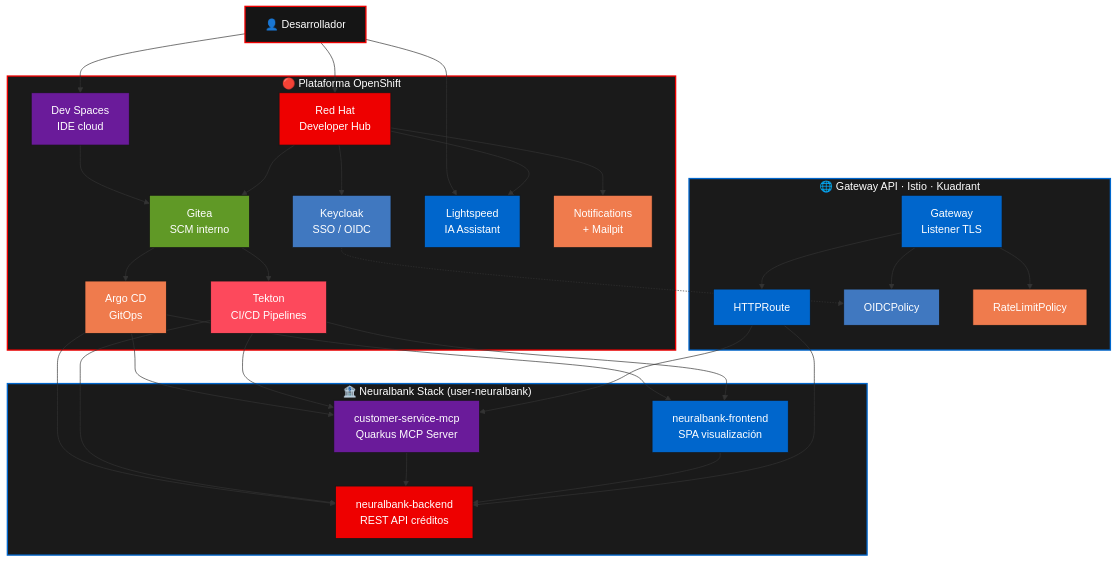
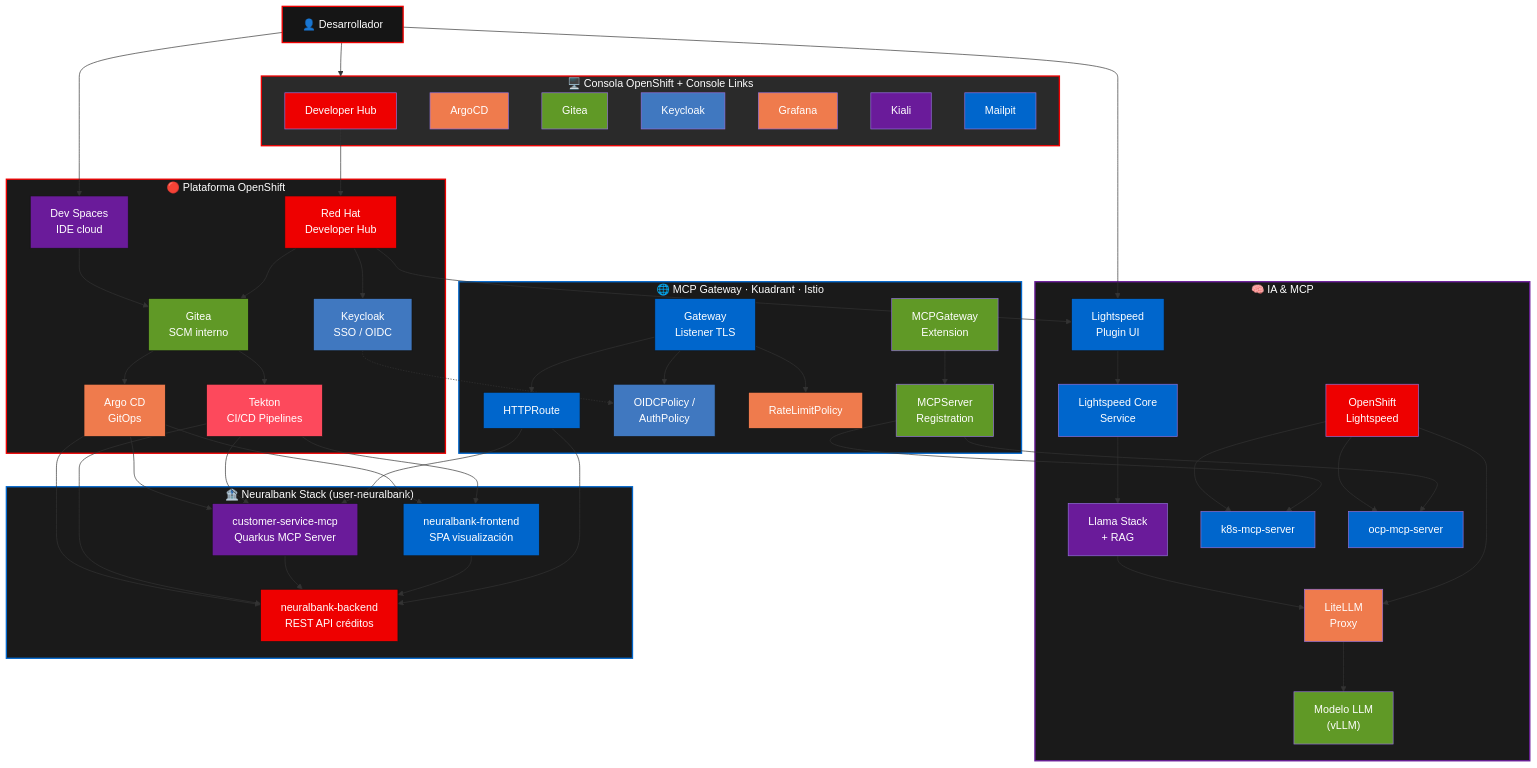
Before and after one commit to maximilianoPizarro/test-drive-pe-oscg: the first of 5 diagrams in docs/02-architecture-overview.md, drawn with Mermaid. The commit also changed other lines of this file and 9 other files, not shown here.

First line of the commit message:
feat: redesign GitHub Pages - remove redundancy, add MCP Gateway, 3D animation

````diff
--- a/docs/02-architecture-overview.md
+++ b/docs/02-architecture-overview.md
@@ -11,6 +18,16 @@
 ```mermaid
 graph TB
     DEV["👤 Desarrollador"]
+
+    subgraph CONSOLE ["🖥️ Consola OpenShift + Console Links"]
+        CL_HUB["Developer Hub"]
+        CL_ARGO["ArgoCD"]
+        CL_GITEA["Gitea"]
+        CL_KC["Keycloak"]
+        CL_GRAFANA["Grafana"]
+        CL_KIALI["Kiali"]
+        CL_MAIL["Mailpit"]
+    end
 
     subgraph PLATFORM ["🔴 Plataforma OpenShift"]
         HUB["Red Hat<br/>Developer Hub"]
@@ -19,8 +36,17 @@
         ARGO["Argo CD<br/>GitOps"]
         TEKTON["Tekton<br/>CI/CD Pipelines"]
         DS["Dev Spaces<br/>IDE cloud"]
-        LS["Lightspeed<br/>IA Assistant"]
-        NOTIF["Notifications<br/>+ Mailpit"]
+    end
+
+    subgraph AI ["🧠 IA & MCP"]
+        LS["Lightspeed<br/>Plugin UI"]
+        LCS["Lightspeed Core<br/>Service"]
+        LLAMA["Llama Stack<br/>+ RAG"]
+        LITELLM["LiteLLM<br/>Proxy"]
+        MODEL["Modelo LLM<br/>(vLLM)"]
+        OLS["OpenShift<br/>Lightspeed"]
+        MCP_K8S["k8s-mcp-server"]
+        MCP_OCP["ocp-mcp-server"]
     end
 
     subgraph NEURALBANK ["🏦 Neuralbank Stack  (user-neuralbank)"]
@@ -29,21 +55,33 @@
         FRONT["neuralbank-frontend<br/>SPA visualización"]
     end
 
-    subgraph NETWORKING ["🌐 Gateway API · Istio · Kuadrant"]
+    subgraph NETWORKING ["🌐 MCP Gateway · Kuadrant · Istio"]
         GW["Gateway<br/>Listener TLS"]
         HR["HTTPRoute"]
-        OIDC["OIDCPolicy"]
+        OIDC["OIDCPolicy /<br/>AuthPolicy"]
         RL["RateLimitPolicy"]
+        MCPGW["MCPGateway<br/>Extension"]
+        MCPSR["MCPServer<br/>Registration"]
     end
 
-    DEV --> HUB
+    DEV --> CONSOLE
+    CL_HUB --> HUB
     DEV --> DS
     DEV --> LS
     DS --> GITEA
     HUB --> GITEA
     HUB --> KC
-    HUB --> NOTIF
     HUB --> LS
+    LS --> LCS
+    LCS --> LLAMA
+    LLAMA --> LITELLM
+    LITELLM --> MODEL
+    OLS --> LITELLM
+    OLS --> MCP_K8S
+    OLS --> MCP_OCP
+    MCPGW --> MCPSR
+    MCPSR --> MCP_K8S
+    MCPSR --> MCP_OCP
     GITEA --> ARGO
     GITEA --> TEKTON
     ARGO --> MCP
@@ -62,6 +100,13 @@
     KC -.-> OIDC
 
     style DEV fill:#151515,color:#fff,stroke:#EE0000,stroke-width:2px
+    style CL_HUB fill:#EE0000,color:#fff
+    style CL_ARGO fill:#ef7b4d,color:#fff
+    style CL_GITEA fill:#609926,color:#fff
+    style CL_KC fill:#4078c0,color:#fff
+    style CL_GRAFANA fill:#ef7b4d,color:#fff
+    style CL_KIALI fill:#6a1b9a,color:#fff
+    style CL_MAIL fill:#0066CC,color:#fff
     style HUB fill:#EE0000,color:#fff,stroke:#151515
     style KC fill:#4078c0,color:#fff,stroke:#151515
     style GITEA fill:#609926,color:#fff,stroke:#151515
@@ -69,7 +114,13 @@
     style TEKTON fill:#fd495c,color:#fff,stroke:#151515
     style DS fill:#6a1b9a,color:#fff,stroke:#151515
     style LS fill:#0066CC,color:#fff,stroke:#151515
-    style NOTIF fill:#ef7b4d,color:#fff,stroke:#151515
+    style LCS fill:#0066CC,color:#fff
+    style LLAMA fill:#6a1b9a,color:#fff
+    style LITELLM fill:#ef7b4d,color:#fff
+    style MODEL fill:#609926,color:#fff
+    style OLS fill:#EE0000,color:#fff
+    style MCP_K8S fill:#0066CC,color:#fff
+    style MCP_OCP fill:#0066CC,color:#fff
     style MCP fill:#6a1b9a,color:#fff,stroke:#151515
     style BACK fill:#EE0000,color:#fff,stroke:#151515
     style FRONT fill:#0066CC,color:#fff,stroke:#151515
@@ -77,7 +128,11 @@
     style HR fill:#0066CC,color:#fff,stroke:#151515
     style OIDC fill:#4078c0,color:#fff,stroke:#151515
     style RL fill:#ef7b4d,color:#fff,stroke:#151515
+    style MCPGW fill:#609926,color:#fff
+    style MCPSR fill:#609926,color:#fff
+    style CONSOLE fill:#2a2a2a,color:#fff,stroke:#EE0000,stroke-width:2px
     style PLATFORM fill:#1a1a1a,color:#fff,stroke:#EE0000,stroke-width:2px
+    style AI fill:#1a1a1a,color:#fff,stroke:#6a1b9a,stroke-width:2px
     style NEURALBANK fill:#1a1a1a,color:#fff,stroke:#0066CC,stroke-width:2px
     style NETWORKING fill:#1a1a1a,color:#fff,stroke:#0066CC,stroke-width:2px
 ```
````
